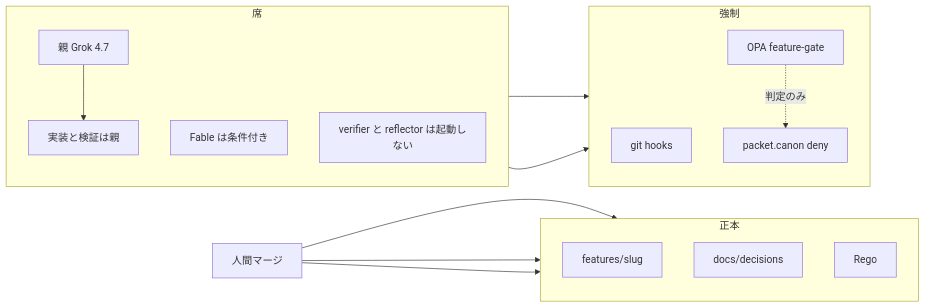
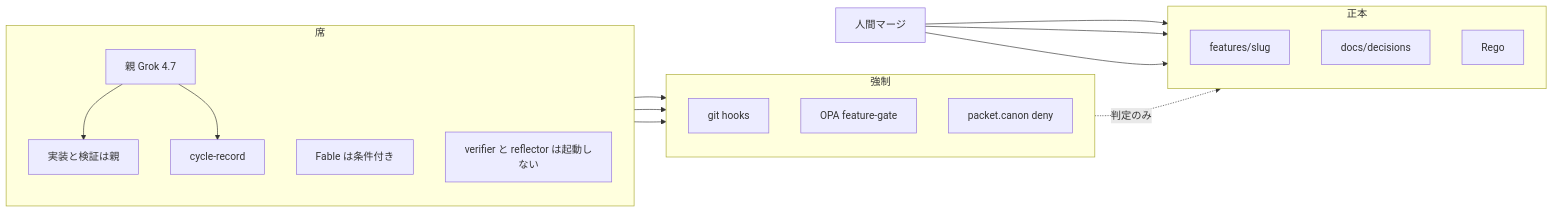
The third of 4 diagrams in README.md (marumo333/marumo333-cursor-harness), drawn with Mermaid before and after one commit. The commit also changed other lines of this file and 6 other files, not shown here.

Commit message:
docs: README の図と完了の定義をゲートに合わせる

````diff
--- a/README.md
+++ b/README.md
@@ -138,32 +137,35 @@
 ```mermaid
 flowchart LR
   subgraph seats["席"]
     direction TB
     G["親 Grok 4.7"]
     IMP["実装と検証は親"]
+    Rec["cycle-record"]
     BA["Fable は条件付き"]
     OFF["verifier と reflector は起動しない"]
   end
 
   subgraph force["強制"]
     direction TB
     Hook["git hooks"]
     Gate["OPA feature-gate"]
     Packet["packet.canon deny"]
   end
 
   subgraph canon["正本"]
     direction TB
     Beh["features/slug"]
     Docs["docs/decisions"]
     Policy["Rego"]
   end
 
   G --> IMP
   IMP --> Hook
   IMP --> Gate
-  Gate -.->|"判定のみ"| Packet
+  Gate -.->|"判定のみ"| Policy
+  G --> Rec
+  Rec --> Packet["packet.canon deny"]
   HM["人間マージ"] --> Beh
   HM --> Docs
   HM --> Policy
 ```
````
